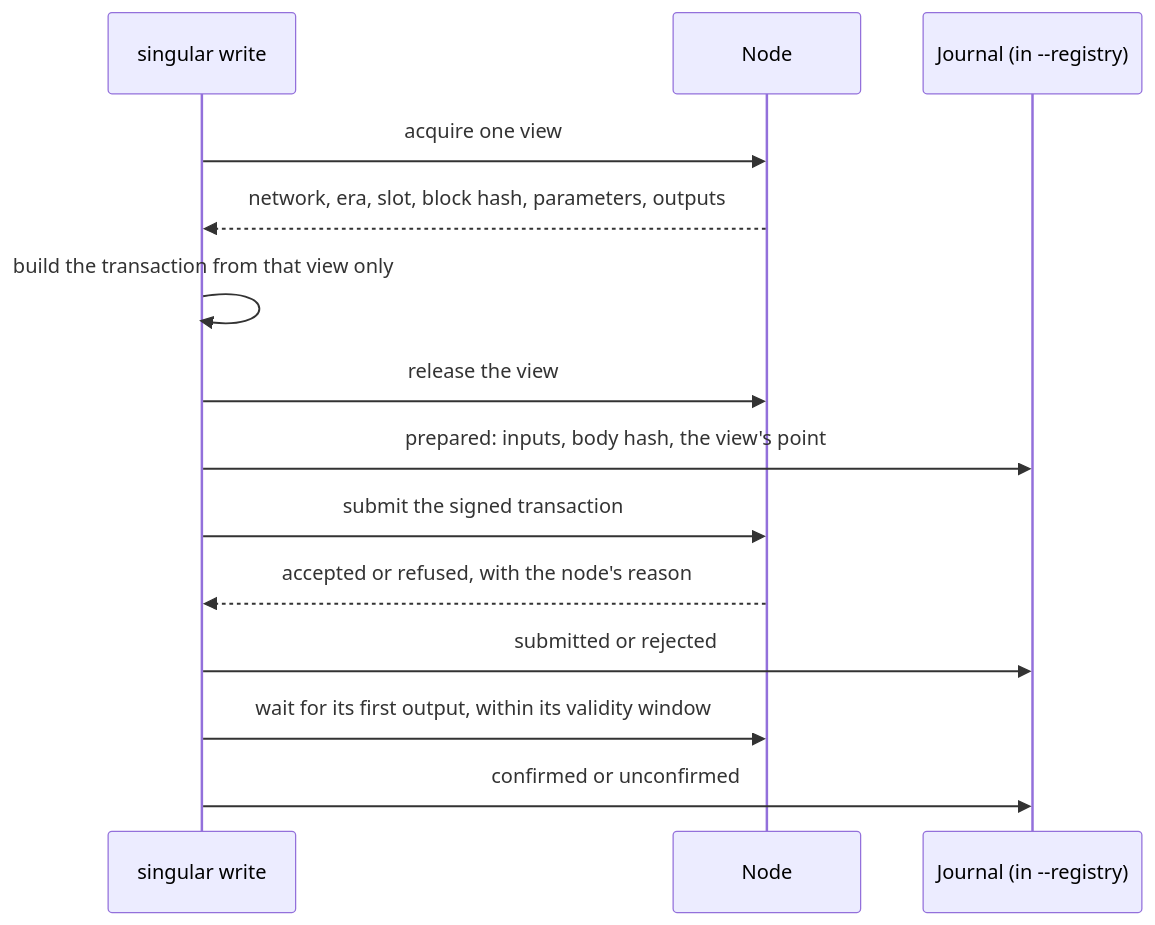
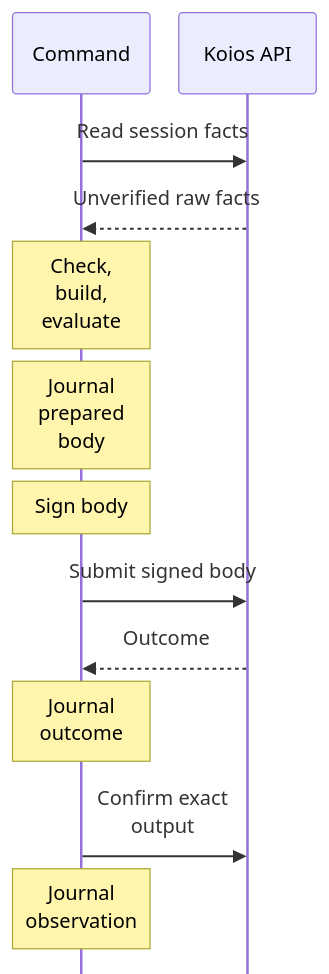
Before and after one commit to lambdasistemi/singular: the third of 6 diagrams in docs/singular-node.md, drawn with Mermaid. The commit also changed other lines of this file and 112 other files, not shown here.

````diff
--- a/docs/singular-node.md
+++ b/docs/singular-node.md
@@ -217,16 +202,16 @@
 ```mermaid
+%%{init: {'sequence': {'actorMargin': 20, 'width': 110, 'wrap': true, 'mirrorActors': false}}}%%
 sequenceDiagram
-    participant W as singular write
-    participant N as Node
-    participant J as Journal (in --registry)
-    W->>N: acquire one view
-    N-->>W: network, era, slot, block hash, parameters, outputs
-    W->>W: build the transaction from that view only
-    W->>N: release the view
-    W->>J: prepared: inputs, body hash, the view's point
-    W->>N: submit the signed transaction
-    N-->>W: accepted or refused, with the node's reason
-    W->>J: submitted or rejected
-    W->>N: wait for its first output, within its validity window
-    W->>J: confirmed or unconfirmed
+    participant W as Command
+    participant P as Koios API
+    W->>P: Read session facts
+    P-->>W: Unverified raw facts
+    Note over W: Check, build, evaluate
+    Note over W: Journal prepared body
+    Note over W: Sign body
+    W->>P: Submit signed body
+    P-->>W: Outcome
+    Note over W: Journal outcome
+    W->>P: Confirm exact output
+    Note over W: Journal observation
 ```
````
